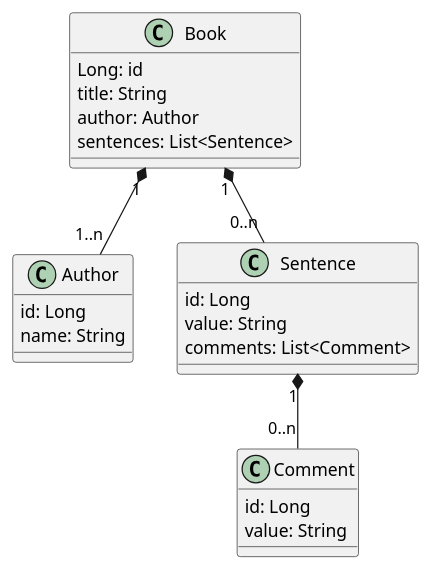
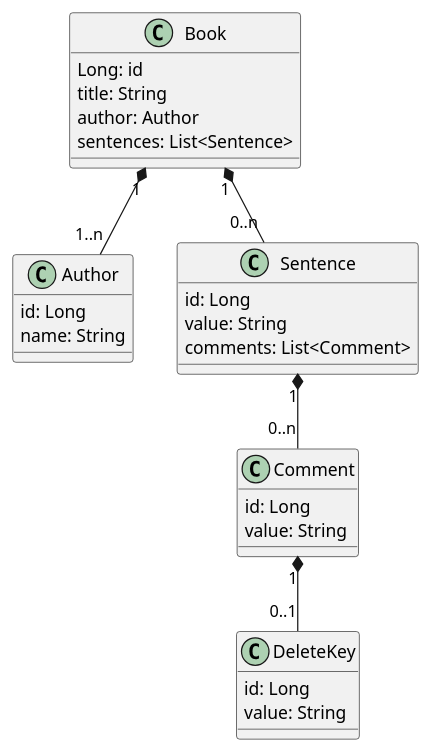
The third of 5 diagrams in sphinx/system_requirement/class/index.rst (ahyaemon/bancha_books), drawn with PlantUML before and after one commit. The commit also changed 84 other files, not shown here.

```diff
--- a/sphinx/system_requirement/class/index.rst
+++ b/sphinx/system_requirement/class/index.rst
@@ -36,28 +36,34 @@
 .. uml::
 
   class Book {
     Long: id
     title: String
     author: Author
     sentences: List<Sentence>
   }
 
   class Author {
     id: Long
     name: String
   }
 
   class Sentence {
     id: Long
     value: String
     comments: List<Comment>
   }
 
   class Comment {
     id: Long
     value: String
   }
 
+  class DeleteKey {
+    id: Long
+    value: String
+  }
+
   Book "1" *-- "0..n" Sentence
   Book "1" *-- "1..n" Author
   Sentence "1" *-- "0..n" Comment
+  Comment "1" *-- "0..1" DeleteKey
```
